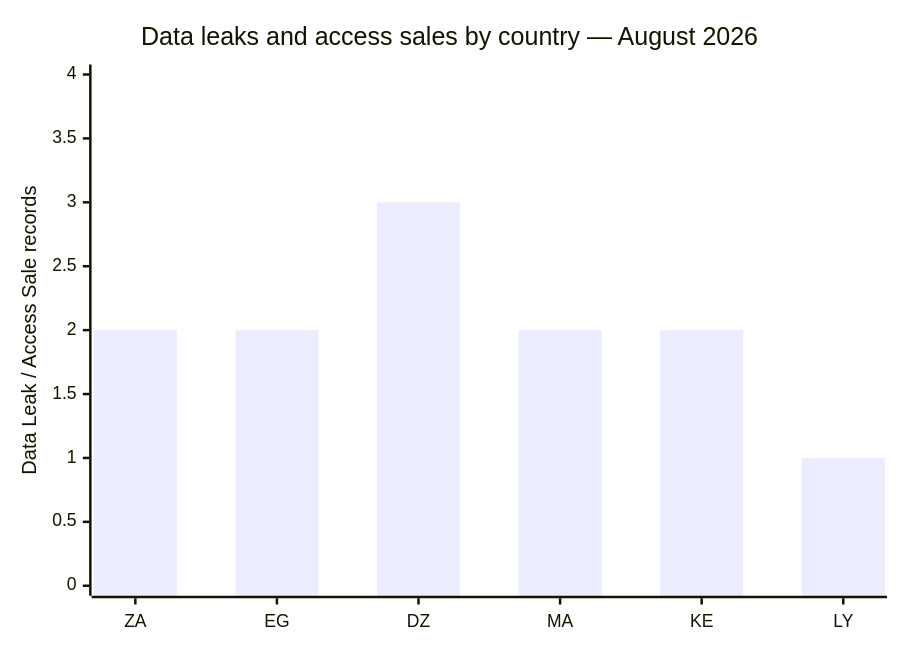
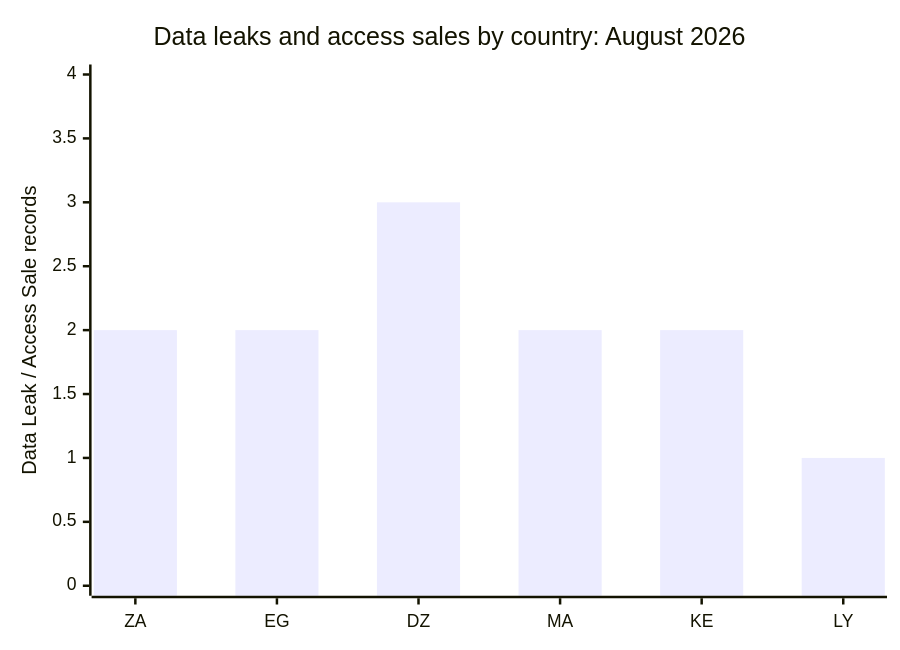
The fourth of 7 diagrams in CyberAttackAfrica/2026/08-august/README.md (Hatchepsoute/AFRINTEL), drawn with Mermaid before and after one commit. The commit also changed other lines of this file and 1 other file, not shown here.

````diff
--- a/CyberAttackAfrica/2026/08-august/README.md
+++ b/CyberAttackAfrica/2026/08-august/README.md
@@ -162,7 +162,7 @@
 ```mermaid
 xychart-beta
-    title "Data leaks and access sales by country — August 2026"
+    title "Data leaks and access sales by country: August 2026"
     x-axis ["ZA", "EG", "DZ", "MA", "KE", "LY"]
     y-axis "Data Leak / Access Sale records" 0 --> 4
     bar [2, 2, 3, 2, 2, 1]
 ```
````
